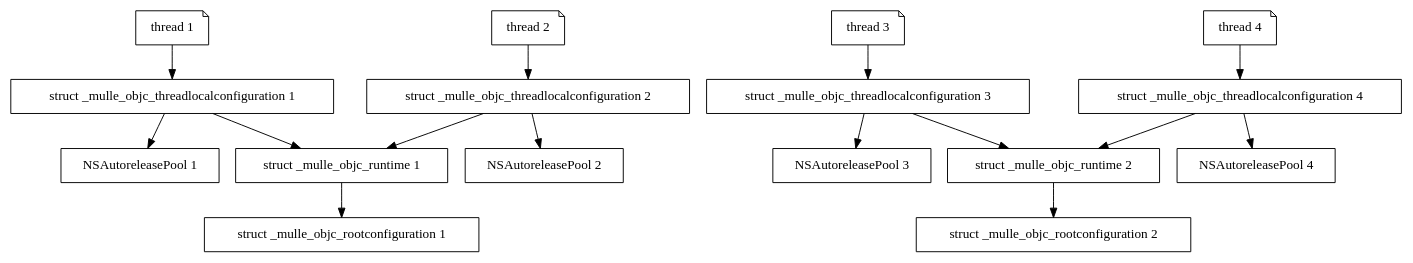
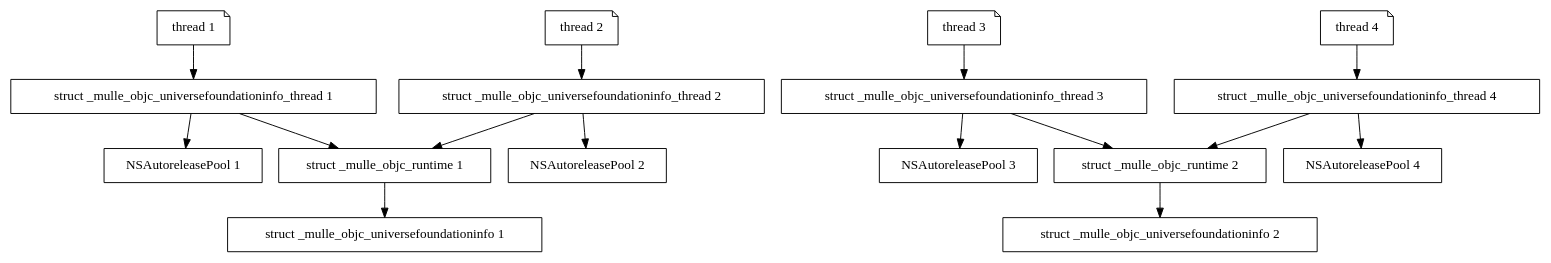
One commit to mulle-objc/MulleObjC changed the diagram in dox/threadlocal.dot. Above: the diagram before and after it, drawn with Graphviz. The commit also changed 145 other files, not shown here.

Commit message:
* adapt to changes in 0.14.0 * reworked the universe configuration to make it easier to understand * moved some of the convenience debug code from mulle-objc-runtime to MulleObjC * MulleObjC is now universe aware

```diff
--- a/dox/threadlocal.dot
+++ b/dox/threadlocal.dot
@@ -1,35 +1,35 @@
 digraph foo {
 
   node [shape=note];
 
   "thread 1";
   "thread 2";
 
   "thread 3";
   "thread 4";
 
   node [shape=record];
 
-  "thread 1" -> "struct _mulle_objc_threadlocalconfiguration 1";
-  "thread 2" -> "struct _mulle_objc_threadlocalconfiguration 2";
+  "thread 1" -> "struct _mulle_objc_universefoundationinfo_thread 1";
+  "thread 2" -> "struct _mulle_objc_universefoundationinfo_thread 2";
 
-  "thread 3" -> "struct _mulle_objc_threadlocalconfiguration 3";
-  "thread 4" -> "struct _mulle_objc_threadlocalconfiguration 4";
+  "thread 3" -> "struct _mulle_objc_universefoundationinfo_thread 3";
+  "thread 4" -> "struct _mulle_objc_universefoundationinfo_thread 4";
 
-  "struct _mulle_objc_threadlocalconfiguration 1" -> "struct _mulle_objc_runtime 1";
-  "struct _mulle_objc_threadlocalconfiguration 2" -> "struct _mulle_objc_runtime 1";
+  "struct _mulle_objc_universefoundationinfo_thread 1" -> "struct _mulle_objc_runtime 1";
+  "struct _mulle_objc_universefoundationinfo_thread 2" -> "struct _mulle_objc_runtime 1";
 
-  "struct _mulle_objc_threadlocalconfiguration 1" -> "NSAutoreleasePool 1";
-  "struct _mulle_objc_threadlocalconfiguration 2" -> "NSAutoreleasePool 2";
-  "struct _mulle_objc_threadlocalconfiguration 3" -> "NSAutoreleasePool 3";
-  "struct _mulle_objc_threadlocalconfiguration 4" -> "NSAutoreleasePool 4";
+  "struct _mulle_objc_universefoundationinfo_thread 1" -> "NSAutoreleasePool 1";
+  "struct _mulle_objc_universefoundationinfo_thread 2" -> "NSAutoreleasePool 2";
+  "struct _mulle_objc_universefoundationinfo_thread 3" -> "NSAutoreleasePool 3";
+  "struct _mulle_objc_universefoundationinfo_thread 4" -> "NSAutoreleasePool 4";
 
-  "struct _mulle_objc_threadlocalconfiguration 3" -> "struct _mulle_objc_runtime 2";
-  "struct _mulle_objc_threadlocalconfiguration 4" -> "struct _mulle_objc_runtime 2";
+  "struct _mulle_objc_universefoundationinfo_thread 3" -> "struct _mulle_objc_runtime 2";
+  "struct _mulle_objc_universefoundationinfo_thread 4" -> "struct _mulle_objc_runtime 2";
 
   "struct _mulle_objc_runtime 1";
-  "struct _mulle_objc_runtime 1" -> "struct _mulle_objc_rootconfiguration 1";
+  "struct _mulle_objc_runtime 1" -> "struct _mulle_objc_universefoundationinfo 1";
 
-  "struct _mulle_objc_runtime 2" -> "struct _mulle_objc_rootconfiguration 2" ;
+  "struct _mulle_objc_runtime 2" -> "struct _mulle_objc_universefoundationinfo 2" ;
   "struct _mulle_objc_runtime 2";
 }
```
